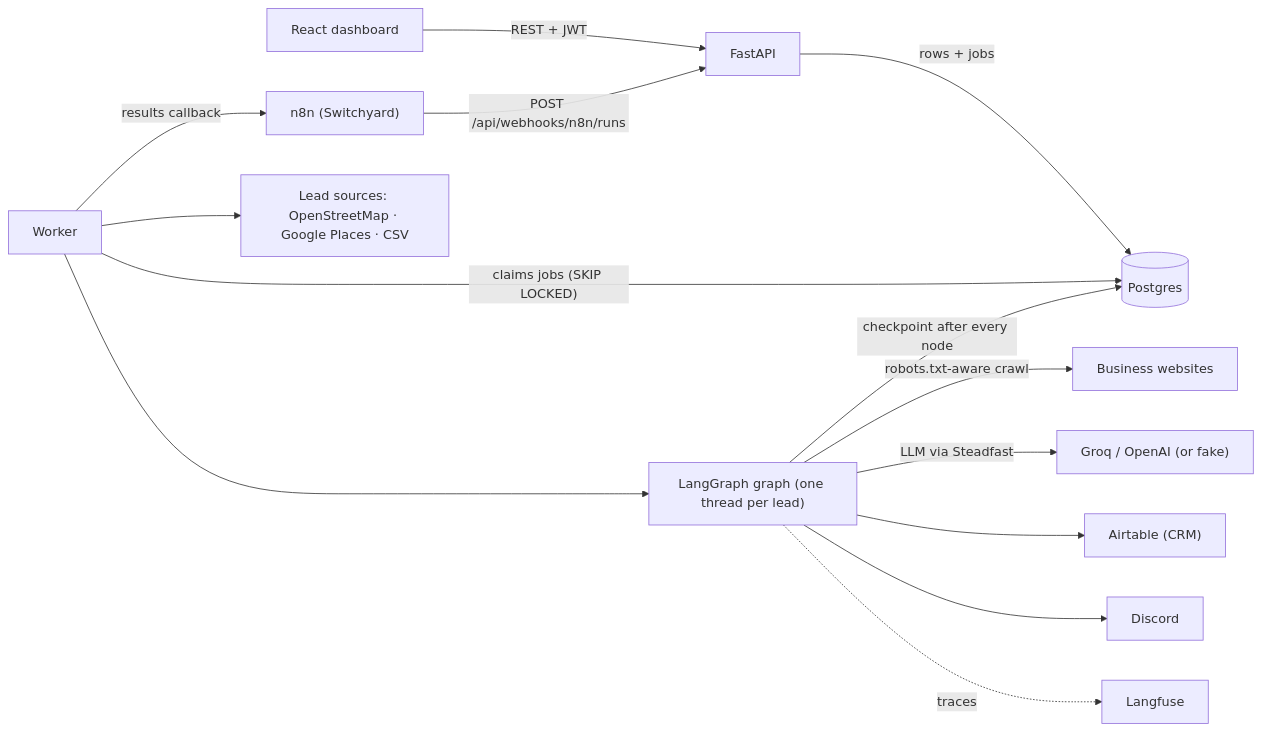
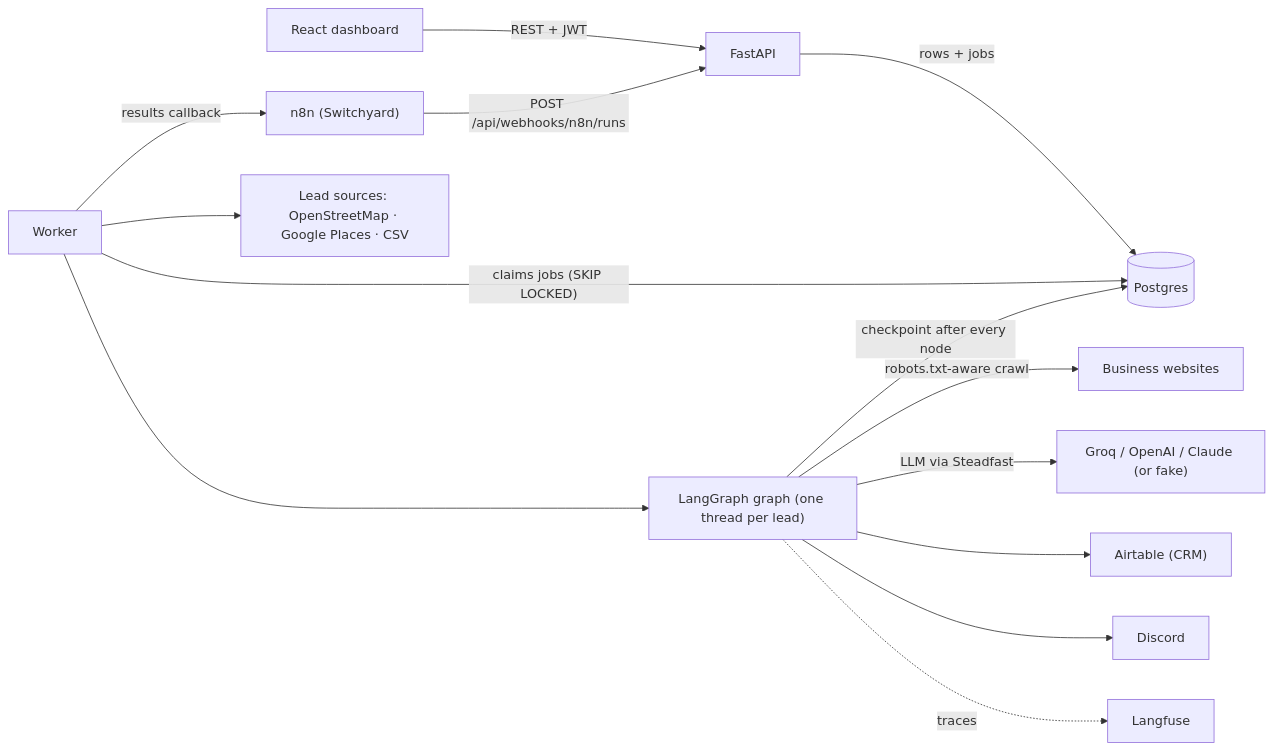
One commit to maniesh-lab/leadgate changed the first of 6 diagrams in docs/ARCHITECTURE.md. Above: the diagram before and after it, drawn with Mermaid. The commit also changed other lines of this file and 1 other file, not shown here.

Commit message:
docs: Claude as an LLM option in the README and ARCHITECTURE

````diff
--- a/docs/ARCHITECTURE.md
+++ b/docs/ARCHITECTURE.md
@@ -13,16 +13,16 @@
 ```mermaid
 flowchart LR
   UI["React dashboard"] -->|"REST + JWT"| API["FastAPI"]
   N8N["n8n (Switchyard)"] -->|"POST /api/webhooks/n8n/runs"| API
   API -->|"rows + jobs"| DB[("Postgres")]
   W["Worker"] -->|"claims jobs (SKIP LOCKED)"| DB
   W --> SRC["Lead sources: OpenStreetMap · Google Places · CSV"]
   W --> G["LangGraph graph (one thread per lead)"]
   G -->|"checkpoint after every node"| DB
   G -->|"robots.txt-aware crawl"| WEB["Business websites"]
-  G -->|"LLM via Steadfast"| LLM["Groq / OpenAI (or fake)"]
+  G -->|"LLM via Steadfast"| LLM["Groq / OpenAI / Claude (or fake)"]
   G --> CRM["Airtable (CRM)"]
   G --> D["Discord"]
   W -->|"results callback"| N8N
   G -.->|traces| LF["Langfuse"]
 ```
````
